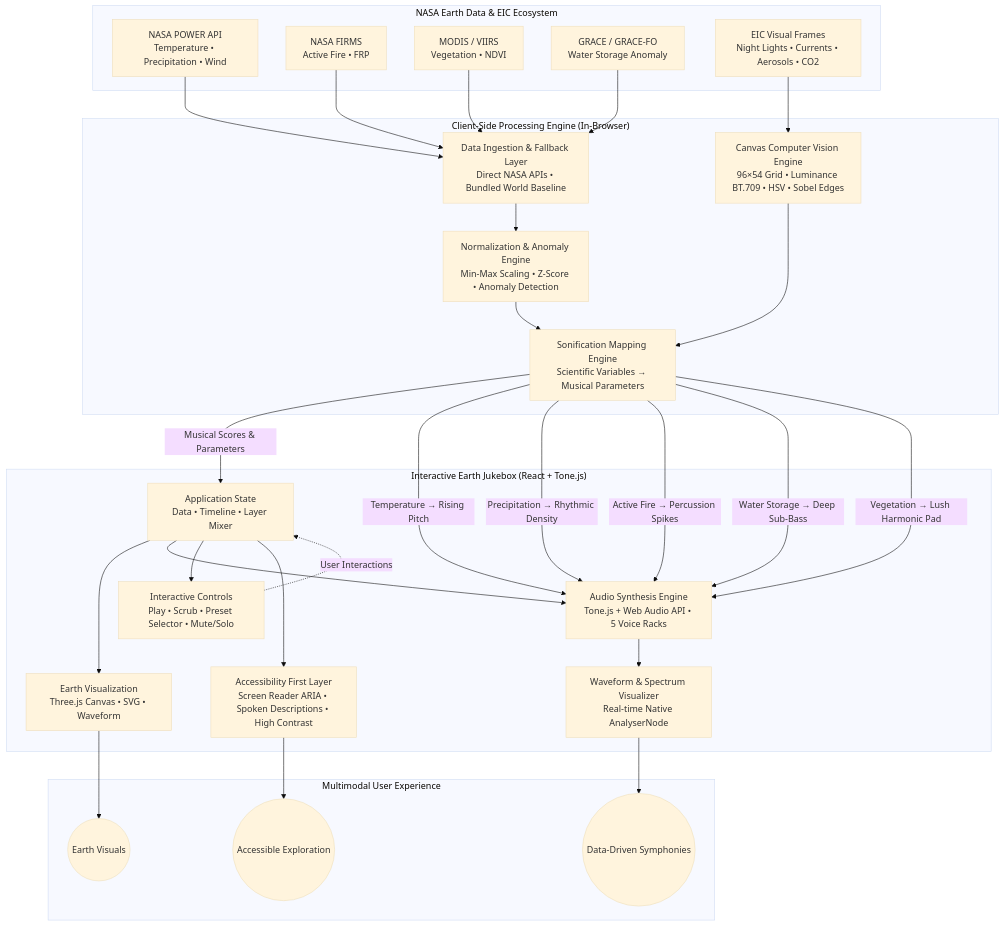
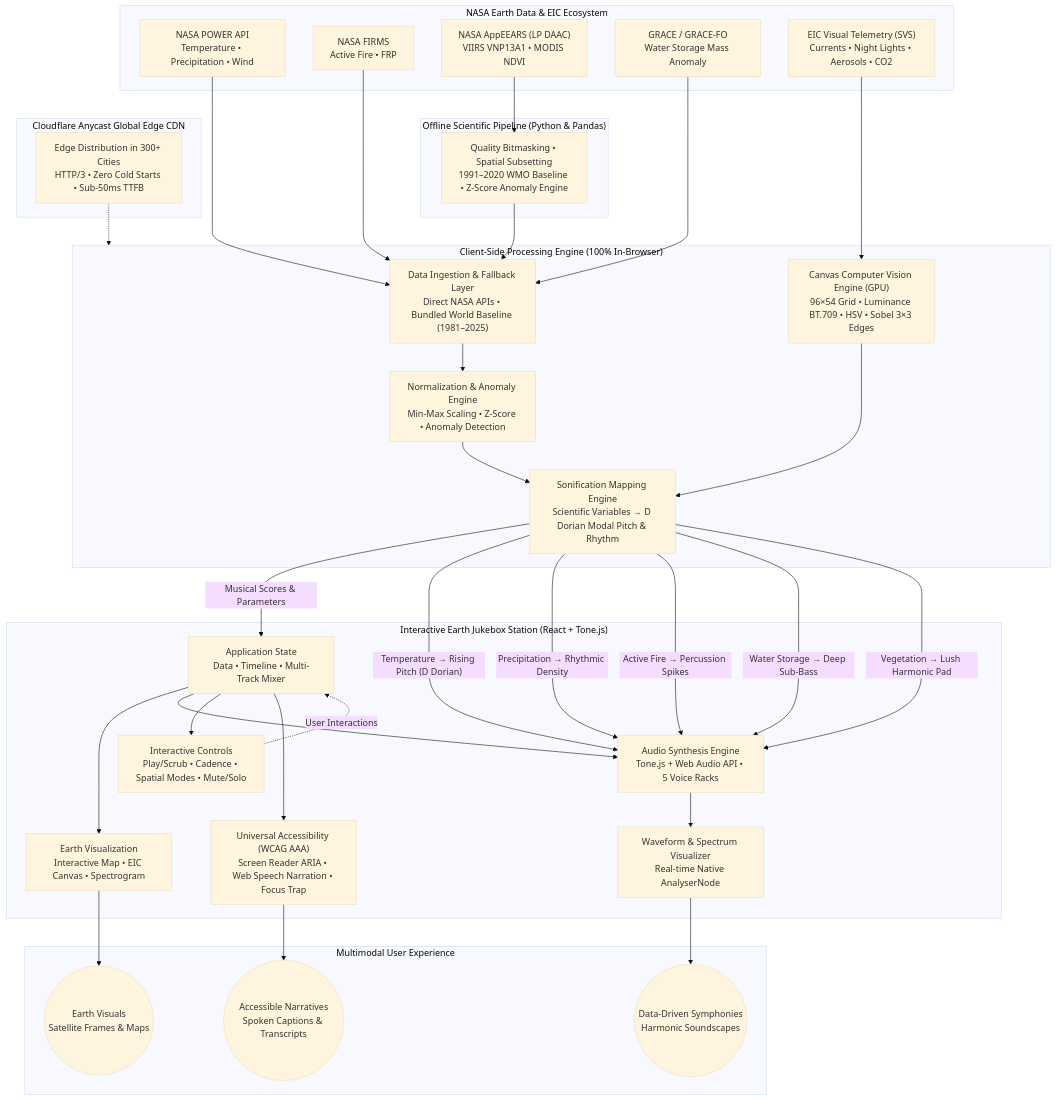
The diagram in README.md (Nephophile06/Prism-Tone_The-Earth-Information-Jukebox), drawn with Mermaid (base theme) before and after one commit. The commit also changed other lines of this file, not shown here.

Commit message:
docs(readme): replace FastAPI backend references with client-side Web Audio engine and update system architecture

````diff
--- a/README.md
+++ b/README.md
@@ -233,64 +233,75 @@
 ```mermaid
 graph TD
 
 subgraph NASA["NASA Earth Data & EIC Ecosystem"]
     A["NASA POWER API<br/>Temperature • Precipitation • Wind"]
     B["NASA FIRMS<br/>Active Fire • FRP"]
-    C["MODIS / VIIRS<br/>Vegetation • NDVI"]
-    D["GRACE / GRACE-FO<br/>Water Storage Anomaly"]
-    EIC["EIC Visual Frames<br/>Night Lights • Currents • Aerosols • CO2"]
+    C["NASA AppEEARS (LP DAAC)<br/>VIIRS VNP13A1 • MODIS NDVI"]
+    D["GRACE / GRACE-FO<br/>Water Storage Mass Anomaly"]
+    EIC["EIC Visual Telemetry (SVS)<br/>Currents • Night Lights • Aerosols • CO2"]
 end
 
-subgraph CLIENT["Client-Side Processing Engine (In-Browser)"]
-    E["Data Ingestion & Fallback Layer<br/>Direct NASA APIs • Bundled World Baseline"]
-    CV["Canvas Computer Vision Engine<br/>96×54 Grid • Luminance BT.709 • HSV • Sobel Edges"]
-    H["Normalization & Anomaly Engine<br/>Min-Max Scaling • Z-Score • Anomaly Detection"]
-    I["Sonification Mapping Engine<br/>Scientific Variables → Musical Parameters"]
+subgraph SCI_PIPELINE["Offline Scientific Pipeline (Python & Pandas)"]
+    ETL["Quality Bitmasking • Spatial Subsetting<br/>1991–2020 WMO Baseline • Z-Score Anomaly Engine"]
 end
 
-subgraph UI["Interactive Earth Jukebox (React + Tone.js)"]
-    J["Application State<br/>Data • Timeline • Layer Mixer"]
-    K["Earth Visualization<br/>Three.js Canvas • SVG • Waveform"]
+subgraph EDGE["Cloudflare Anycast Global Edge CDN"]
+    CDN["Edge Distribution in 300+ Cities<br/>HTTP/3 • Zero Cold Starts • Sub-50ms TTFB"]
+end
+
+subgraph CLIENT["Client-Side Processing Engine (100% In-Browser)"]
+    E["Data Ingestion & Fallback Layer<br/>Direct NASA APIs • Bundled World Baseline (1981–2025)"]
+    CV["Canvas Computer Vision Engine (GPU)<br/>96×54 Grid • Luminance BT.709 • HSV • Sobel 3×3 Edges"]
+    H["Normalization & Anomaly Engine<br/>Min-Max Scaling • Z-Score • Anomaly Detection"]
+    I["Sonification Mapping Engine<br/>Scientific Variables → D Dorian Modal Pitch & Rhythm"]
+end
+
+subgraph UI["Interactive Earth Jukebox Station (React + Tone.js)"]
+    J["Application State<br/>Data • Timeline • Multi-Track Mixer"]
+    K["Earth Visualization<br/>Interactive Map • EIC Canvas • Spectrogram"]
     L["Audio Synthesis Engine<br/>Tone.js + Web Audio API • 5 Voice Racks"]
     M["Waveform & Spectrum Visualizer<br/>Real-time Native AnalyserNode"]
-    N["Interactive Controls<br/>Play • Scrub • Preset Selector • Mute/Solo"]
-    O["Accessibility First Layer<br/>Screen Reader ARIA • Spoken Descriptions • High Contrast"]
+    N["Interactive Controls<br/>Play/Scrub • Cadence • Spatial Modes • Mute/Solo"]
+    O["Universal Accessibility (WCAG AAA)<br/>Screen Reader ARIA • Web Speech Narration • Focus Trap"]
 end
 
 subgraph OUTPUT["Multimodal User Experience"]
-    P(("Earth Visuals"))
-    Q(("Data-Driven Symphonies"))
-    R(("Accessible Exploration"))
+    P(("Earth Visuals<br/>Satellite Frames & Maps"))
+    Q(("Data-Driven Symphonies<br/>Harmonic Soundscapes"))
+    R(("Accessible Narratives<br/>Spoken Captions & Transcripts"))
 end
 
 A --> E
 B --> E
-C --> E
+C --> ETL
+ETL --> E
 D --> E
 EIC --> CV
+
+CDN -.-> CLIENT
 
 E --> H
 CV --> I
 H --> I
 
 I -->|"Musical Scores & Parameters"| J
 
 J --> K
 J --> L
 J --> N
 J --> O
 
 L --> M
 M --> Q
 
 K --> P
 O --> R
 
 N -.->|"User Interactions"| J
 
-I -->|"Temperature → Rising Pitch"| L
+I -->|"Temperature → Rising Pitch (D Dorian)"| L
 I -->|"Precipitation → Rhythmic Density"| L
 I -->|"Active Fire → Percussion Spikes"| L
 I -->|"Water Storage → Deep Sub-Bass"| L
 I -->|"Vegetation → Lush Harmonic Pad"| L
 ```
````
